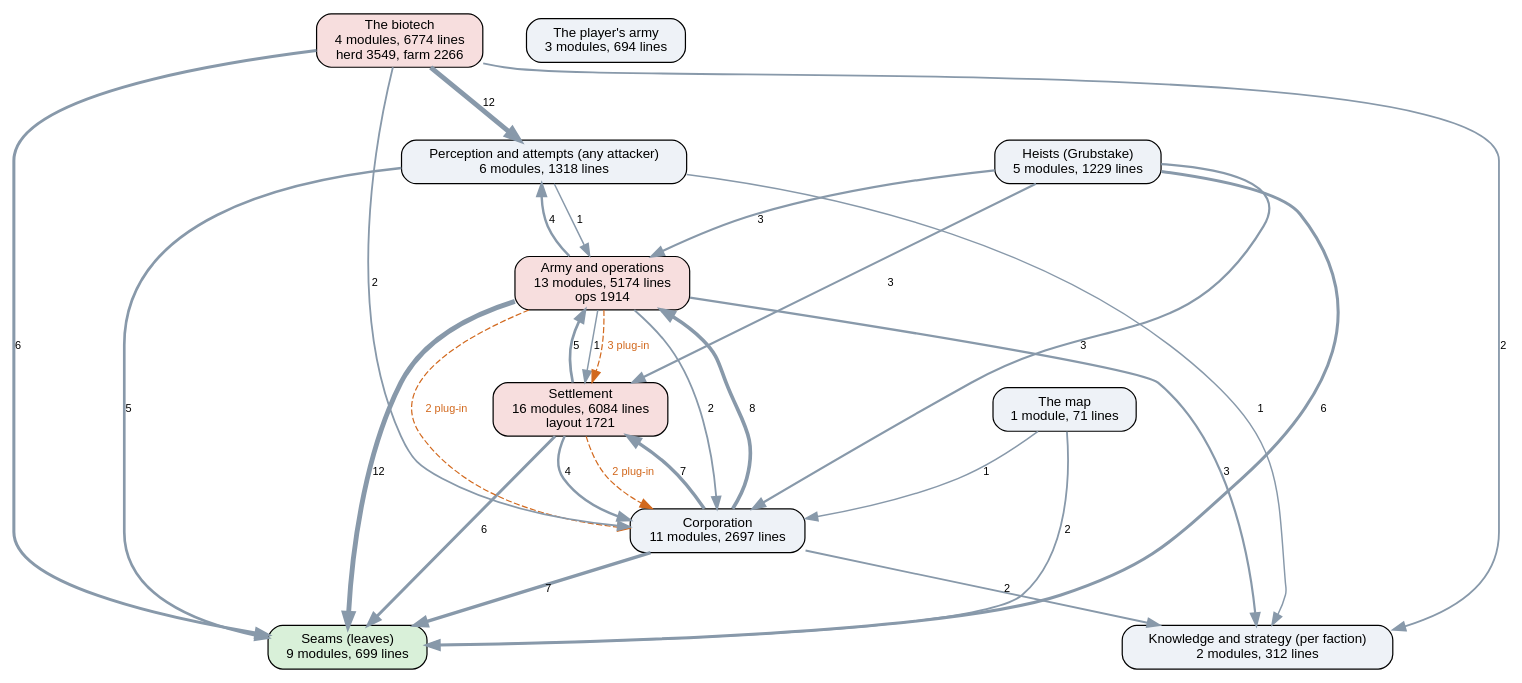
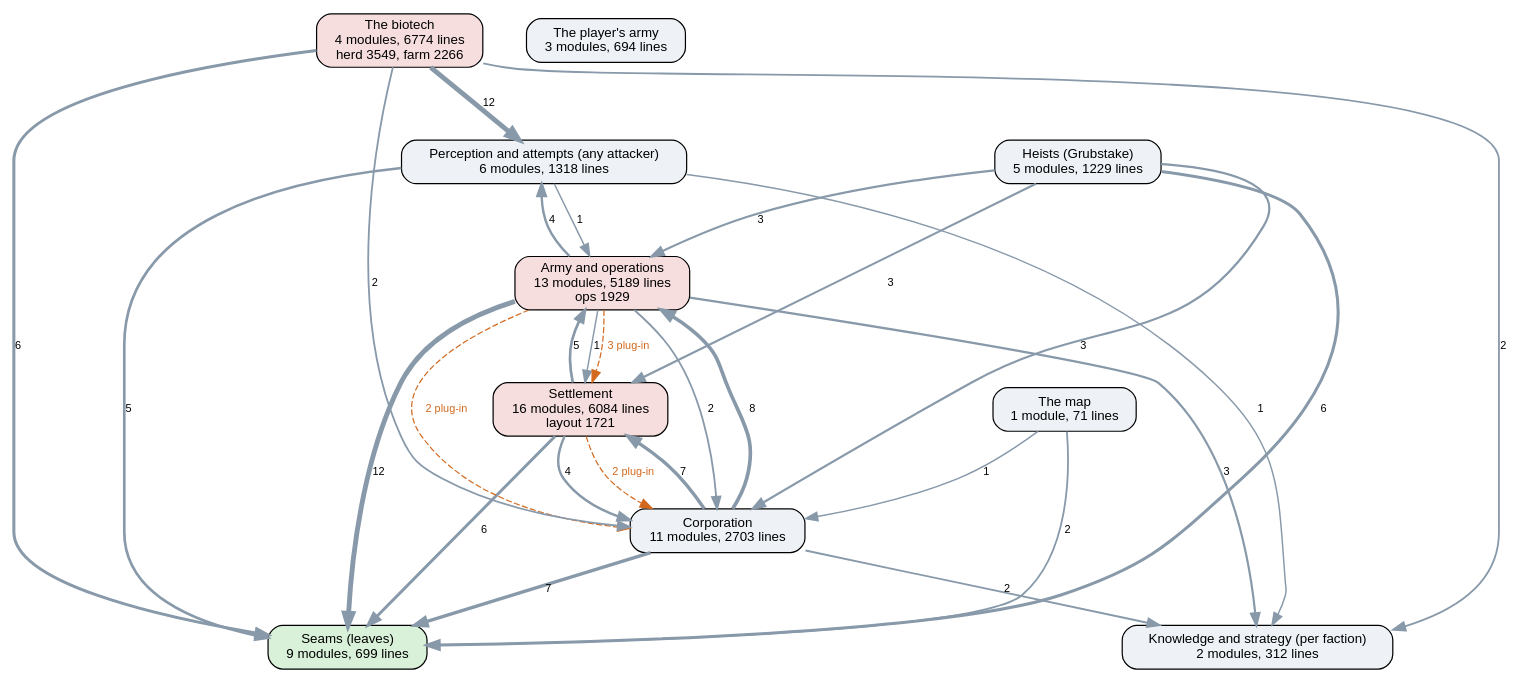
Before and after one commit to kinelhu/landing-party: the diagram in docs/ai-layers.dot, drawn with Graphviz. The commit also changed 11 other files, not shown here.

```diff
--- a/docs/ai-layers.dot
+++ b/docs/ai-layers.dot
@@ -1,43 +1,43 @@
 digraph layers {
   graph [rankdir=TB, fontname="Helvetica", nodesep=0.5, ranksep=0.7];
   node [shape=box, style="rounded,filled", fontname="Helvetica", fontsize=11, fillcolor="#eef2f7"];
   edge [color="#8899aa", fontname="Helvetica", fontsize=9];
   "Seams (leaves)" [label="Seams (leaves)\n9 modules, 699 lines", fillcolor="#d9f0d9"];
   "Perception and attempts (any attacker)" [label="Perception and attempts (any attacker)\n6 modules, 1318 lines", fillcolor="#eef2f7"];
   "Knowledge and strategy (per faction)" [label="Knowledge and strategy (per faction)\n2 modules, 312 lines", fillcolor="#eef2f7"];
-  "Corporation" [label="Corporation\n11 modules, 2697 lines", fillcolor="#eef2f7"];
+  "Corporation" [label="Corporation\n11 modules, 2703 lines", fillcolor="#eef2f7"];
   "Settlement" [label="Settlement\n16 modules, 6084 lines\nlayout 1721", fillcolor="#f7dede"];
-  "Army and operations" [label="Army and operations\n13 modules, 5174 lines\nops 1914", fillcolor="#f7dede"];
+  "Army and operations" [label="Army and operations\n13 modules, 5189 lines\nops 1929", fillcolor="#f7dede"];
   "Heists (Grubstake)" [label="Heists (Grubstake)\n5 modules, 1229 lines", fillcolor="#eef2f7"];
   "The biotech" [label="The biotech\n4 modules, 6774 lines\nherd 3549, farm 2266", fillcolor="#f7dede"];
   "The map" [label="The map\n1 module, 71 lines", fillcolor="#eef2f7"];
   "The player's army" [label="The player's army\n3 modules, 694 lines", fillcolor="#eef2f7"];
   "Army and operations" -> "Corporation" [label="2", penwidth=1.5];
   "Army and operations" -> "Knowledge and strategy (per faction)" [label="3", penwidth=1.8];
   "Army and operations" -> "Perception and attempts (any attacker)" [label="4", penwidth=2.0];
   "Army and operations" -> "Seams (leaves)" [label="12", penwidth=4.0];
   "Army and operations" -> "Settlement" [label="1", penwidth=1.2];
   "Corporation" -> "Army and operations" [label="8", penwidth=3.0];
   "Corporation" -> "Knowledge and strategy (per faction)" [label="2", penwidth=1.5];
   "Corporation" -> "Seams (leaves)" [label="7", penwidth=2.8];
   "Corporation" -> "Settlement" [label="7", penwidth=2.8];
   "Heists (Grubstake)" -> "Army and operations" [label="3", penwidth=1.8];
   "Heists (Grubstake)" -> "Corporation" [label="3", penwidth=1.8];
   "Heists (Grubstake)" -> "Seams (leaves)" [label="6", penwidth=2.5];
   "Heists (Grubstake)" -> "Settlement" [label="3", penwidth=1.8];
   "Perception and attempts (any attacker)" -> "Army and operations" [label="1", penwidth=1.2];
   "Perception and attempts (any attacker)" -> "Knowledge and strategy (per faction)" [label="1", penwidth=1.2];
   "Perception and attempts (any attacker)" -> "Seams (leaves)" [label="5", penwidth=2.2];
   "Settlement" -> "Army and operations" [label="5", penwidth=2.2];
   "Settlement" -> "Corporation" [label="4", penwidth=2.0];
   "Settlement" -> "Seams (leaves)" [label="6", penwidth=2.5];
   "The biotech" -> "Corporation" [label="2", penwidth=1.5];
   "The biotech" -> "Knowledge and strategy (per faction)" [label="2", penwidth=1.5];
   "The biotech" -> "Perception and attempts (any attacker)" [label="12", penwidth=4.0];
   "The biotech" -> "Seams (leaves)" [label="6", penwidth=2.5];
   "The map" -> "Corporation" [label="1", penwidth=1.2];
   "The map" -> "Seams (leaves)" [label="2", penwidth=1.5];
   "Army and operations" -> "Corporation" [style=dashed, color="#d2691e", fontcolor="#d2691e", label="2 plug-in"];
   "Army and operations" -> "Settlement" [style=dashed, color="#d2691e", fontcolor="#d2691e", label="3 plug-in"];
   "Settlement" -> "Corporation" [style=dashed, color="#d2691e", fontcolor="#d2691e", label="2 plug-in"];
 }
```
